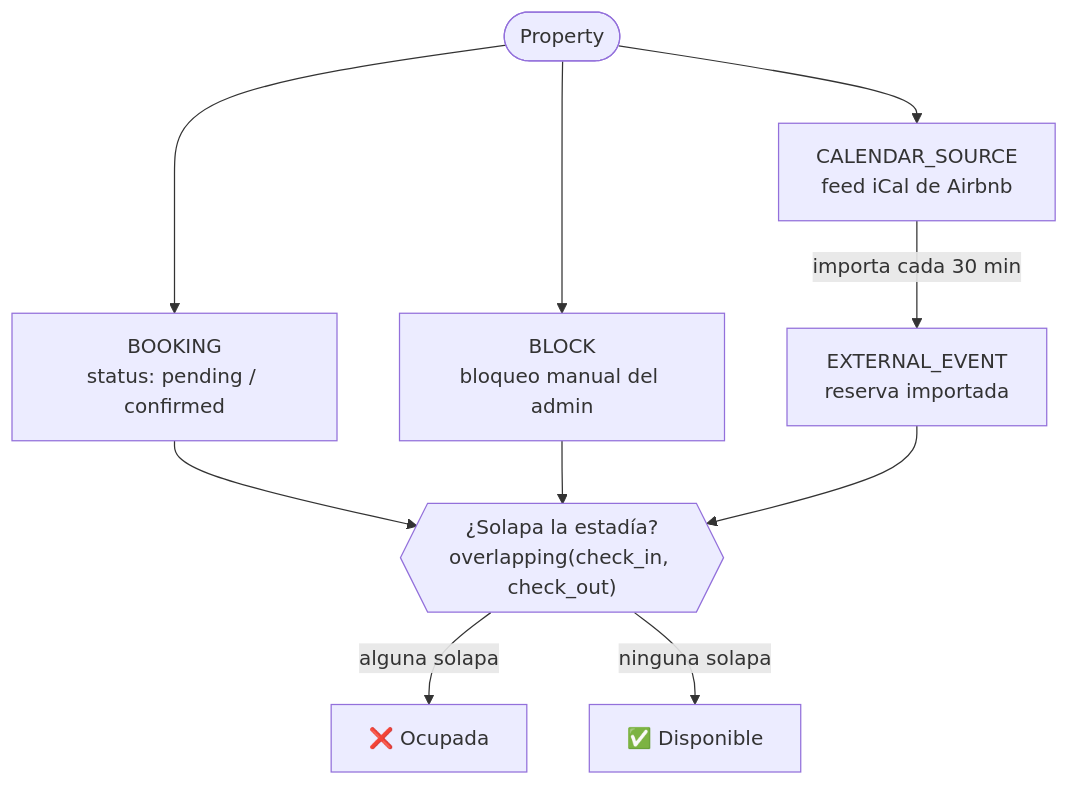
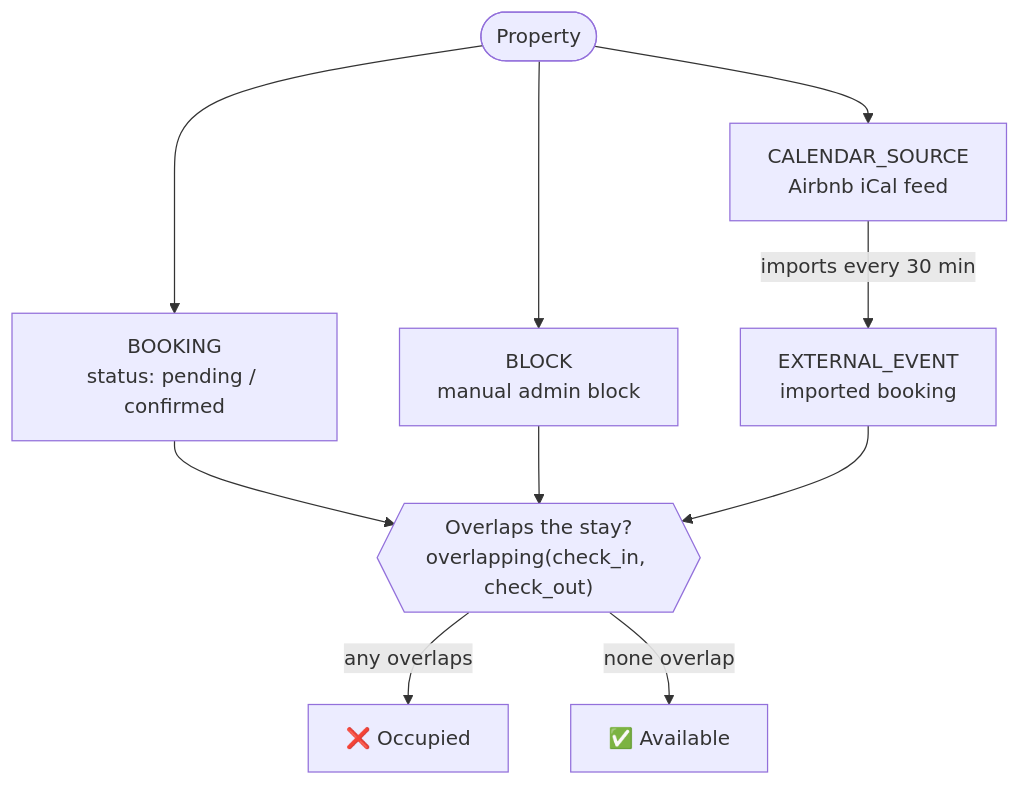
Before and after one commit to noguerajulioces/encarstay: the second of 3 diagrams in docs/DATABASE.md, drawn with Mermaid. The commit also changed other lines of this file and 3 other files, not shown here.

````diff
--- a/docs/DATABASE.md
+++ b/docs/DATABASE.md
@@ -130,21 +131,21 @@
 ```mermaid
 flowchart TD
     P([Property])
 
     B["BOOKING<br/>status: pending / confirmed"]
-    K["BLOCK<br/>bloqueo manual del admin"]
-    S["CALENDAR_SOURCE<br/>feed iCal de Airbnb"]
-    E["EXTERNAL_EVENT<br/>reserva importada"]
+    K["BLOCK<br/>manual admin block"]
+    S["CALENDAR_SOURCE<br/>Airbnb iCal feed"]
+    E["EXTERNAL_EVENT<br/>imported booking"]
 
     P --> B
     P --> K
     P --> S
-    S -->|importa cada 30 min| E
+    S -->|imports every 30 min| E
 
-    B --> OCC{{"¿Solapa la estadía?<br/>overlapping(check_in, check_out)"}}
+    B --> OCC{{"Overlaps the stay?<br/>overlapping(check_in, check_out)"}}
     K --> OCC
     E --> OCC
 
-    OCC -->|alguna solapa| BUSY["❌ Ocupada"]
-    OCC -->|ninguna solapa| FREE["✅ Disponible"]
+    OCC -->|any overlaps| BUSY["❌ Occupied"]
+    OCC -->|none overlap| FREE["✅ Available"]
 ```
````
